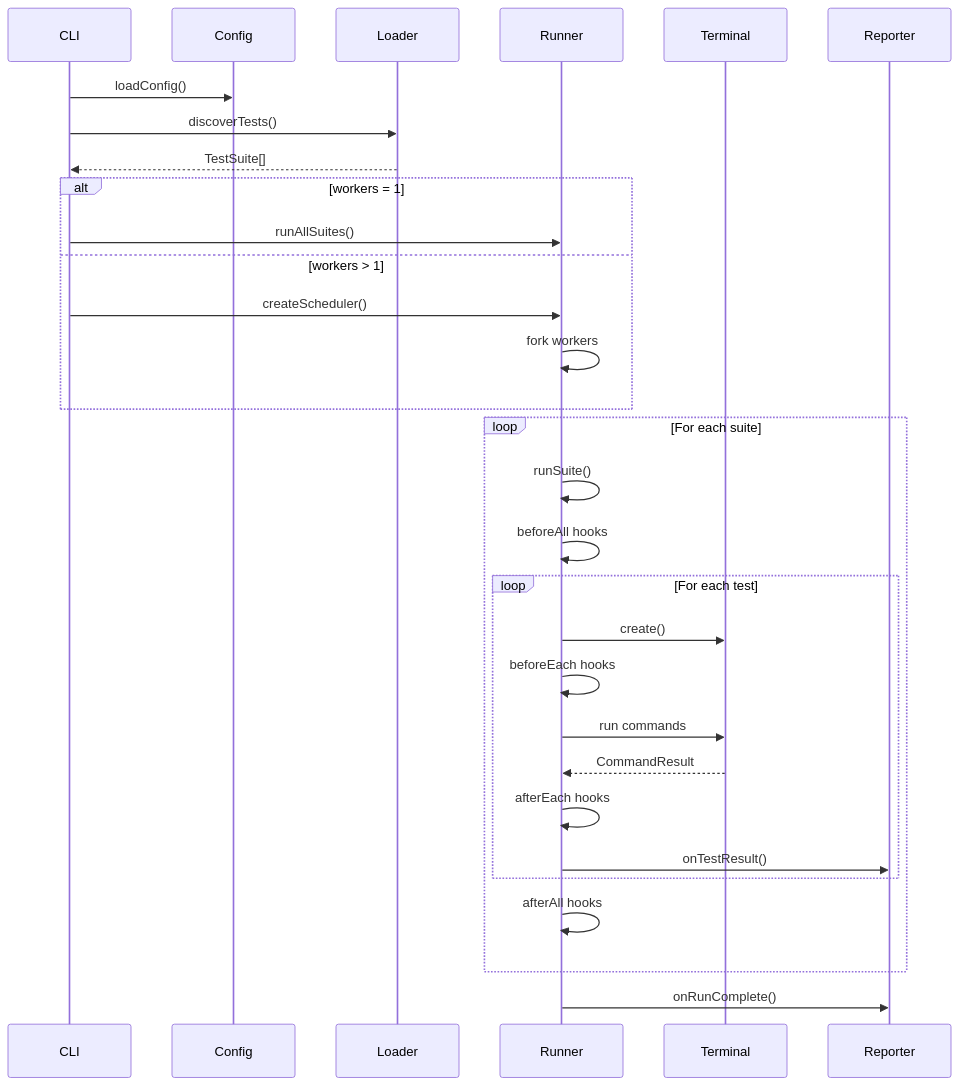
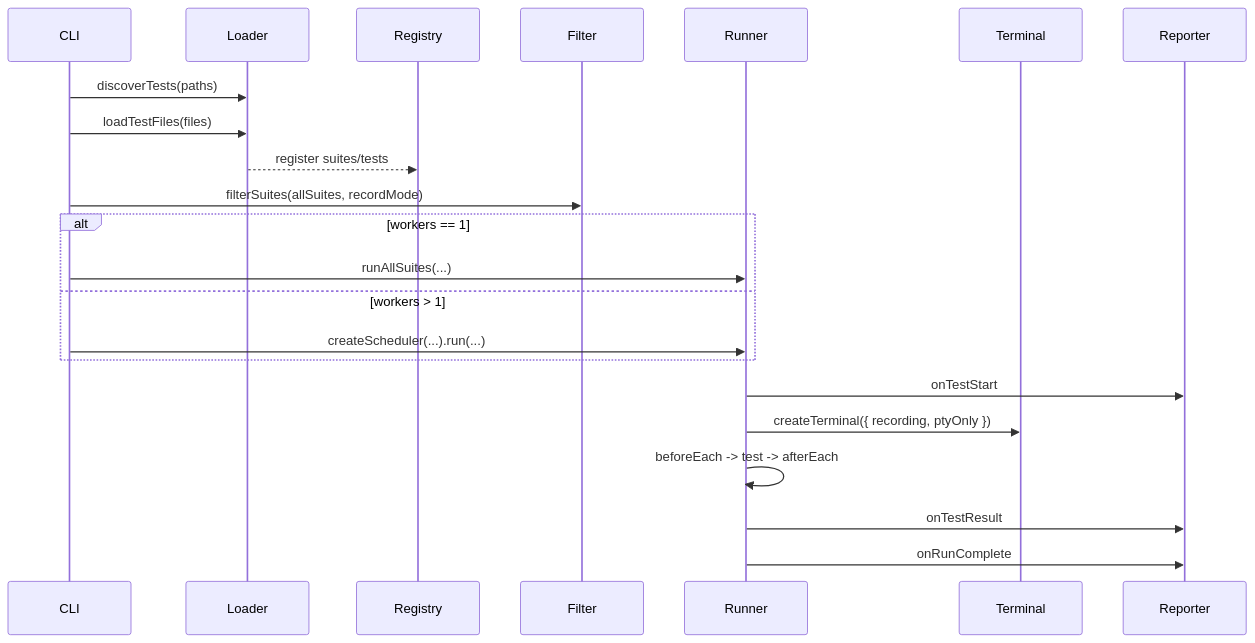
Before and after one commit to NexusGPU/repterm: the second of 2 diagrams in skills/repterm/references/architecture.md, drawn with Mermaid. The commit also changed other lines of this file and 9 other files, not shown here.

````diff
--- a/skills/repterm/references/architecture.md
+++ b/skills/repterm/references/architecture.md
@@ -54,38 +53,27 @@
 ```mermaid
 sequenceDiagram
     participant CLI
-    participant Config
     participant Loader
+    participant Registry
+    participant Filter
     participant Runner
     participant Terminal
     participant Reporter
 
-    CLI->>Config: loadConfig()
-    CLI->>Loader: discoverTests()
-    Loader-->>CLI: TestSuite[]
-    
-    alt workers = 1
-        CLI->>Runner: runAllSuites()
+    CLI->>Loader: discoverTests(paths)
+    CLI->>Loader: loadTestFiles(files)
+    Loader-->>Registry: register suites/tests
+    CLI->>Filter: filterSuites(allSuites, recordMode)
+
+    alt workers == 1
+      CLI->>Runner: runAllSuites(...)
     else workers > 1
-        CLI->>Runner: createScheduler()
-        Runner->>Runner: fork workers
+      CLI->>Runner: createScheduler(...).run(...)
     end
 
-    loop For each suite
-        Runner->>Runner: runSuite()
-        Runner->>Runner: beforeAll hooks
-        
-        loop For each test
-            Runner->>Terminal: create()
-            Runner->>Runner: beforeEach hooks
-            Runner->>Terminal: run commands
-            Terminal-->>Runner: CommandResult
-            Runner->>Runner: afterEach hooks
-            Runner->>Reporter: onTestResult()
-        end
-        
-        Runner->>Runner: afterAll hooks
-    end
-
-    Runner->>Reporter: onRunComplete()
+    Runner->>Reporter: onTestStart
+    Runner->>Terminal: createTerminal({ recording, ptyOnly })
+    Runner->>Runner: beforeEach -> test -> afterEach
+    Runner->>Reporter: onTestResult
+    Runner->>Reporter: onRunComplete
 ```
````
